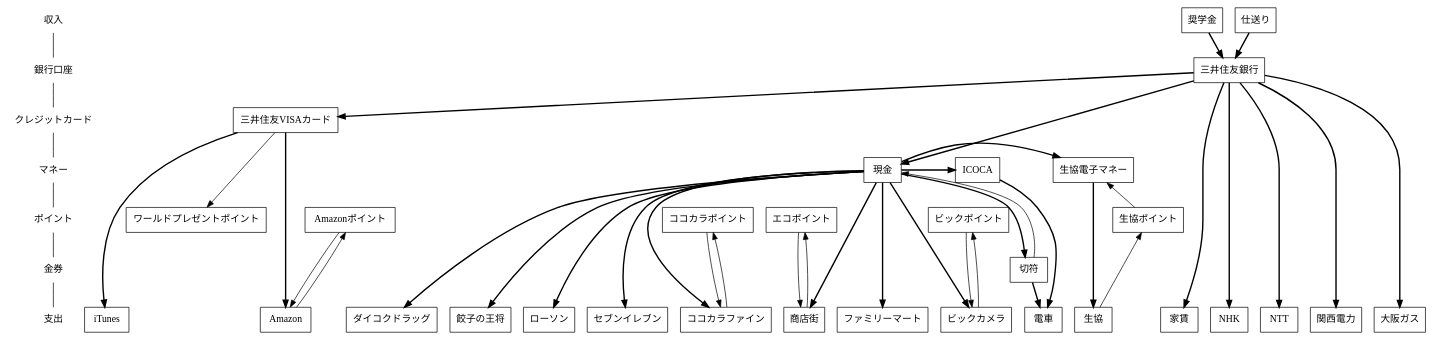
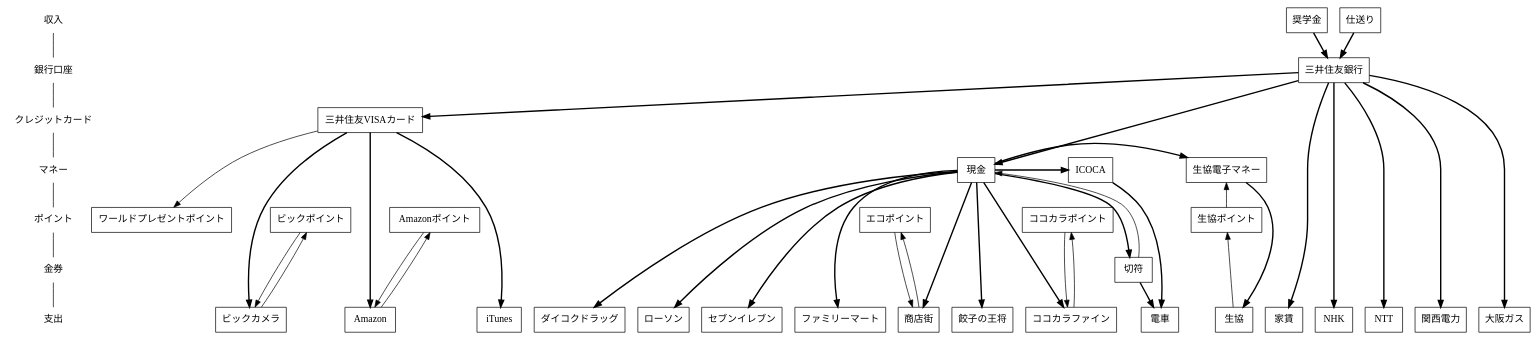
One commit to saireya/moneyflow changed the diagram in flow.dot. Above: the diagram before and after it, drawn with Graphviz.

Commit message:
2013/02: Moved BicCamera under SMBC-Visa

```diff
--- a/flow.dot
+++ b/flow.dot
@@ -1,105 +1,105 @@
 // dot -Tsvg flow.dot -o flow.svg
 digraph "MoneyFlow"
 {
 	node [ shape = box ];
 
 	"収入", "銀行口座", "クレジットカード", "マネー", "ポイント", "金券", "支出" [shape = none];
 	"収入" -> "銀行口座" -> "クレジットカード" -> "マネー" -> "ポイント" -> "金券" -> "支出" [arrowhead = none];
 	{
 		rank = same; "収入";
 		奨学金;
 		仕送り;
 	}
 
 	{
 		rank = same; "銀行口座";
 		三井住友銀行;
 	}
 
 	{
 		rank = same; "クレジットカード";
 		三井住友VISAカード;
 	}
 
 	{
 		rank = same; "マネー";
 		ICOCA;
 		生協電子マネー;
 		現金;
 	}
 
 	{
 		rank = same; "ポイント";
 		// クレジットカード関係
 		ワールドプレゼントポイント;
 		// 独自ポイント
 		エコポイント;
 		生協ポイント;
 		ココカラポイント;
 		ビックポイント;
 		Amazonポイント;
 	}
 
 	{
 		rank = same; "金券";
 		切符;
 	}
 
 	{
 		rank = same; "支出";
 		家賃;
 		// コンビニ
 		ローソン;
 		セブンイレブン;
 		ファミリーマート;
 		// 交通
 		電車;
 		// インフラ
 		NHK;
 		NTT;
 		関西電力;
 		大阪ガス;
 		// 店舗
 		商店街;
 		生協;
 		ココカラファイン;
 		ダイコクドラッグ;
 		ビックカメラ;
 		餃子の王将;
 		// ネット
 		Amazon;
 		iTunes;
 	}
 
 	// SMBC
 	奨学金 -> 三井住友銀行 [style="bold", weight=100];
 	仕送り -> 三井住友銀行 [style="bold", weight=100];
 	三井住友銀行 -> 現金, 家賃, 関西電力, 大阪ガス, NHK, NTT [style="bold", weight=100];
 
 	// SMBC-Visa
 	三井住友銀行 -> 三井住友VISAカード [style="bold", weight=100];
 	三井住友VISAカード -> iTunes [style="bold", weight=100];
 	三井住友VISAカード -> Amazon [style="bold", weight=100];
 	三井住友VISAカード -> ワールドプレゼントポイント;
 	Amazon -> Amazonポイント -> Amazon;
+	三井住友VISAカード -> ビックカメラ [style="bold", weight=100];
+	ビックカメラ -> ビックポイント -> ビックカメラ;
 
 	// 現金
 	現金 -> 商店街 [style="bold", weight=100];
 	商店街 -> エコポイント -> 商店街;
 	現金 -> ローソン [style="bold", weight=100];
 	現金 -> セブンイレブン [style="bold", weight=100];
 	現金 -> ファミリーマート [style="bold", weight=100];
 	現金 -> 生協電子マネー [style="bold", weight=100];
 	生協電子マネー -> 生協 [style="bold", weight=100];
 	生協 -> 生協ポイント -> 生協電子マネー;
 	現金 -> ココカラファイン [style="bold", weight=100];
 	ココカラファイン -> ココカラポイント -> ココカラファイン;
 	現金 -> ダイコクドラッグ [style="bold", weight=100];
-	現金 -> ビックカメラ [style="bold", weight=100];
-	ビックカメラ -> ビックポイント -> ビックカメラ;
 	現金 -> 餃子の王将 [style="bold", weight=100];
 
 	現金 -> ICOCA -> 電車 [style="bold", weight=100];
 	現金 -> 切符 -> 電車 [style="bold", weight=100];
 	切符 -> 現金;
 } 
```
